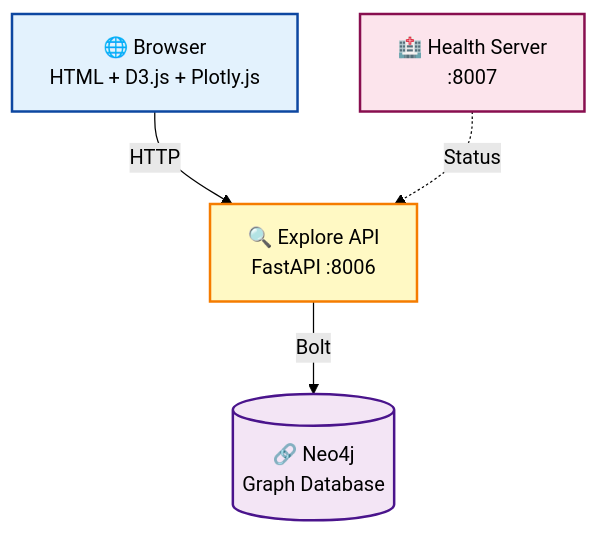
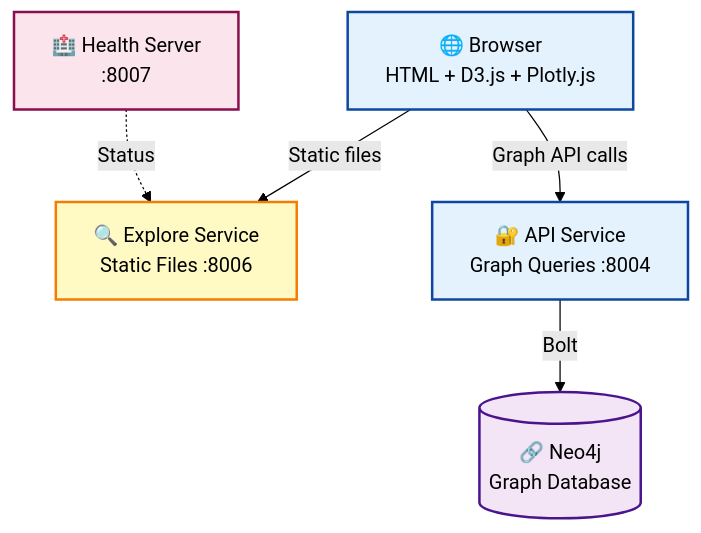
One commit to SimplicityGuy/discogsography changed the diagram in explore/README.md. Above: the diagram before and after it, drawn with Mermaid (forest theme). The commit also changed other lines of this file and 4 other files, not shown here.

First line of the commit message:
docs: update service docs to reflect API consolidation

````diff
--- a/explore/README.md
+++ b/explore/README.md
@@ -53,16 +55,19 @@
 ```mermaid
 graph TD
     UI["🌐 Browser<br/>HTML + D3.js + Plotly.js"]
-    API["🔍 Explore API<br/>FastAPI :8006"]
+    EXPLORE["🔍 Explore Service<br/>Static Files :8006"]
     HEALTH["🏥 Health Server<br/>:8007"]
+    APISERVICE["🔐 API Service<br/>Graph Queries :8004"]
     NEO4J[("🔗 Neo4j<br/>Graph Database")]
 
-    UI -->|HTTP| API
-    API -->|Bolt| NEO4J
-    HEALTH -.->|Status| API
+    UI -->|Static files| EXPLORE
+    UI -->|Graph API calls| APISERVICE
+    APISERVICE -->|Bolt| NEO4J
+    HEALTH -.->|Status| EXPLORE
 
     style UI fill:#e3f2fd,stroke:#0d47a1,stroke-width:2px
-    style API fill:#fff9c4,stroke:#f57c00,stroke-width:2px
+    style EXPLORE fill:#fff9c4,stroke:#f57c00,stroke-width:2px
     style HEALTH fill:#fce4ec,stroke:#880e4f,stroke-width:2px
+    style APISERVICE fill:#e3f2fd,stroke:#0d47a1,stroke-width:2px
     style NEO4J fill:#f3e5f5,stroke:#4a148c,stroke-width:2px
 ```
````
